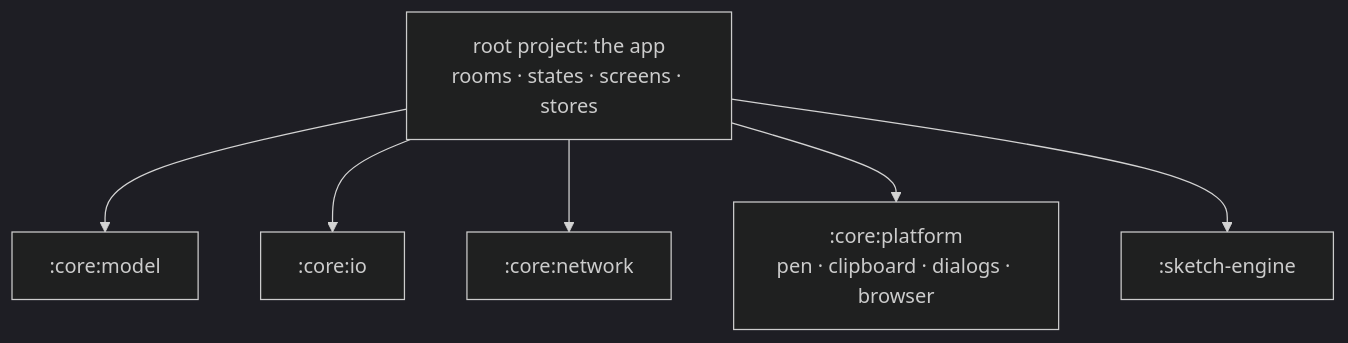
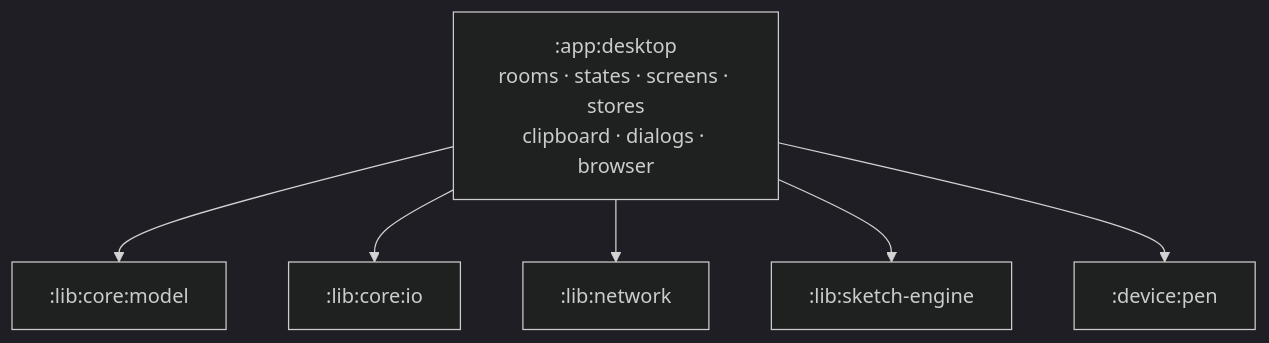
Before and after one commit to cwellm/ActionDraw: the second of 2 diagrams in docs/Architecture.md, drawn with Mermaid (dark theme). The commit also changed other lines of this file and 189 other files, not shown here.

First line of the commit message:
F11.5 Three groups: lib, app, device

````diff
--- a/docs/Architecture.md
+++ b/docs/Architecture.md
@@ -136,9 +136,9 @@
 ```mermaid
 flowchart TB
-  app["root project: the app<br/>rooms · states · screens · stores"]
-  app --> model[":core:model"]
-  app --> io[":core:io"]
-  app --> network[":core:network"]
-  app --> platform[":core:platform<br/>pen · clipboard · dialogs · browser"]
-  app --> engine[":sketch-engine"]
+  desktop[":app:desktop<br/>rooms · states · screens · stores<br/>clipboard · dialogs · browser"]
+  desktop --> model[":lib:core:model"]
+  desktop --> io[":lib:core:io"]
+  desktop --> network[":lib:network"]
+  desktop --> engine[":lib:sketch-engine"]
+  desktop --> pen[":device:pen"]
 ```
````
